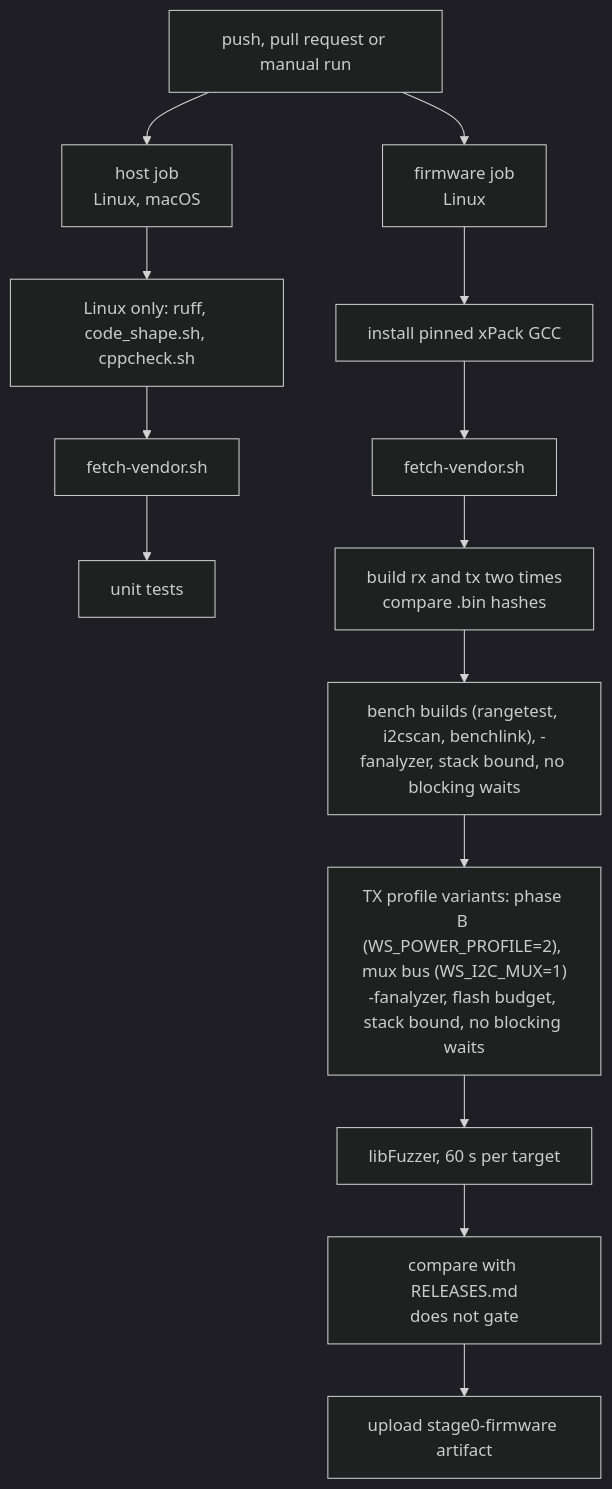
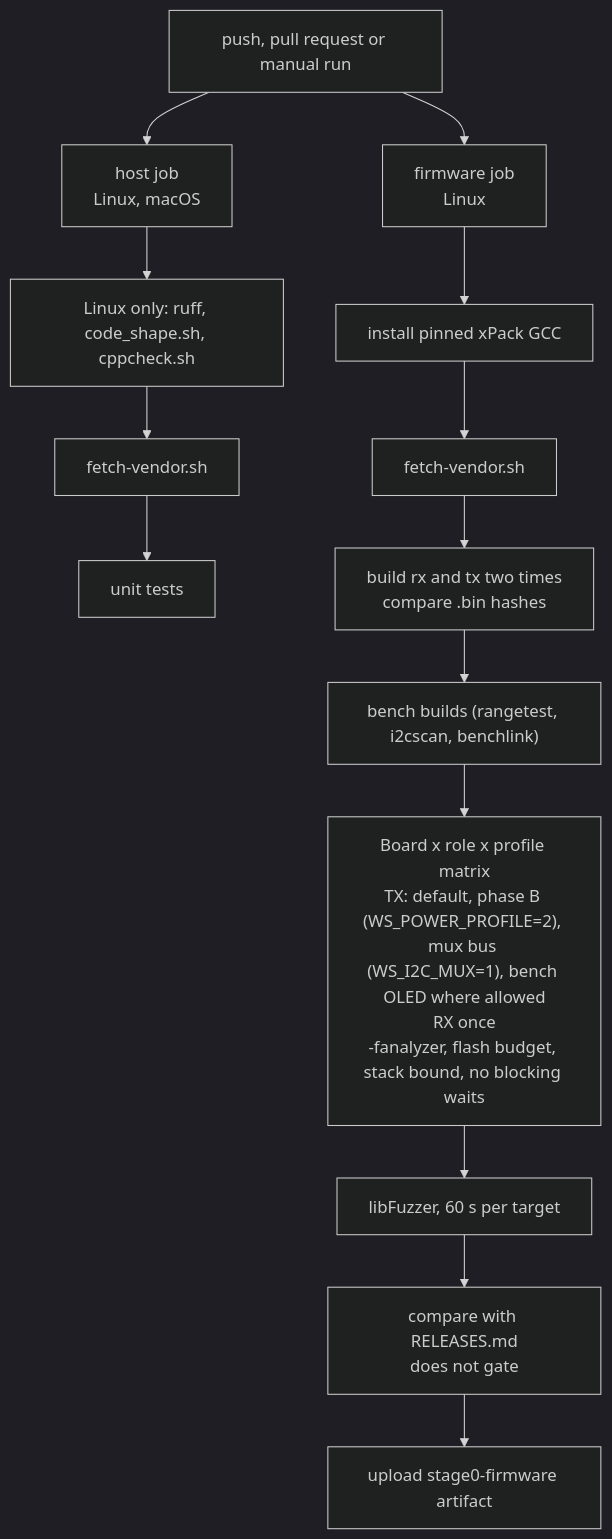
The second of 2 diagrams in tools/README.md (clintecker/weather-station-2026), drawn with Mermaid (dark theme) before and after one commit. The commit also changed other lines of this file and 85 other files, not shown here.

````diff
--- a/tools/README.md
+++ b/tools/README.md
@@ -58,16 +65,16 @@
 ```mermaid
 flowchart TD
   P["push, pull request or manual run"] --> H["host job<br/>Linux, macOS"]
   P --> F["firmware job<br/>Linux"]
   H --> H1["Linux only: ruff, code_shape.sh, cppcheck.sh"]
   H1 --> H2["fetch-vendor.sh"]
   H2 --> H3["unit tests"]
   F --> F1["install pinned xPack GCC"]
   F1 --> F2["fetch-vendor.sh"]
   F2 --> F3["build rx and tx two times<br/>compare .bin hashes"]
-  F3 --> F4["bench builds (rangetest, i2cscan, benchlink), -fanalyzer, stack bound, no blocking waits"]
-  F4 --> F4b["TX profile variants: phase B (WS_POWER_PROFILE=2), mux bus (WS_I2C_MUX=1)<br/>-fanalyzer, flash budget, stack bound, no blocking waits"]
+  F3 --> F4["bench builds (rangetest, i2cscan, benchlink)"]
+  F4 --> F4b["Board x role x profile matrix<br/>TX: default, phase B (WS_POWER_PROFILE=2), mux bus (WS_I2C_MUX=1), bench OLED where allowed<br/>RX once<br/>-fanalyzer, flash budget, stack bound, no blocking waits"]
   F4b --> F5["libFuzzer, 60 s per target"]
   F5 --> F6["compare with RELEASES.md<br/>does not gate"]
   F6 --> F7["upload stage0-firmware artifact"]
 ```
````
